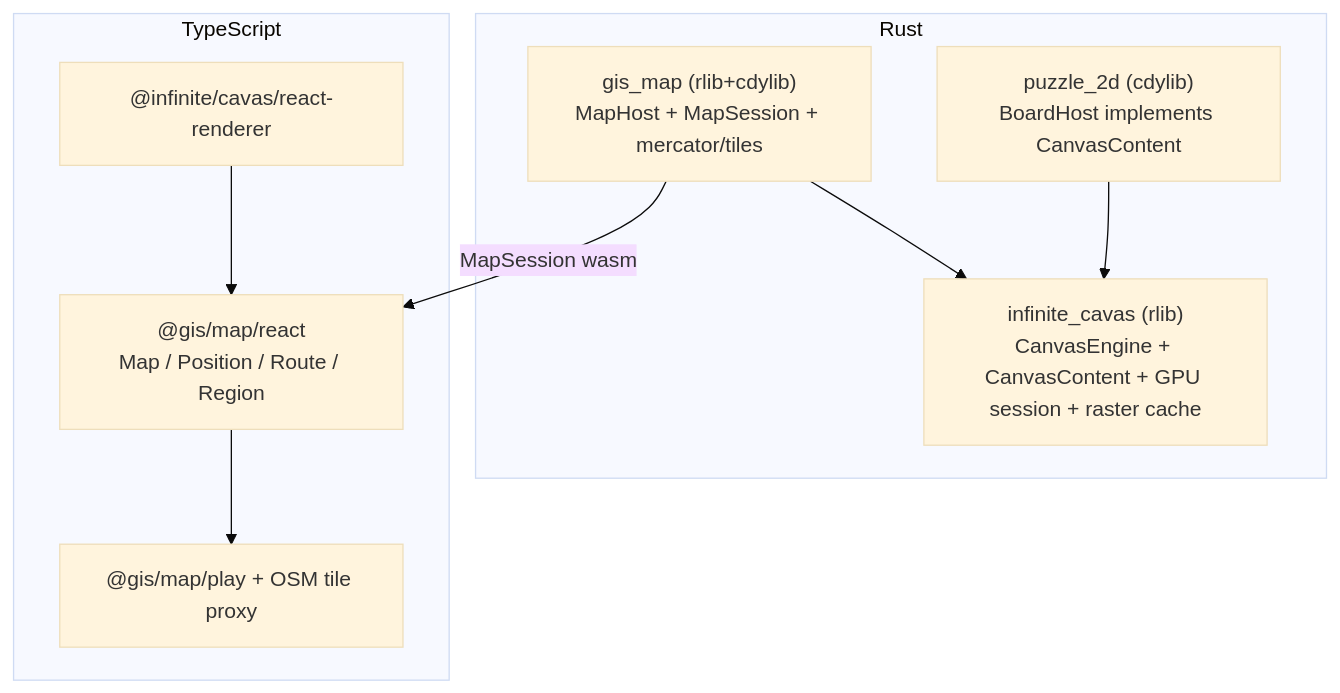
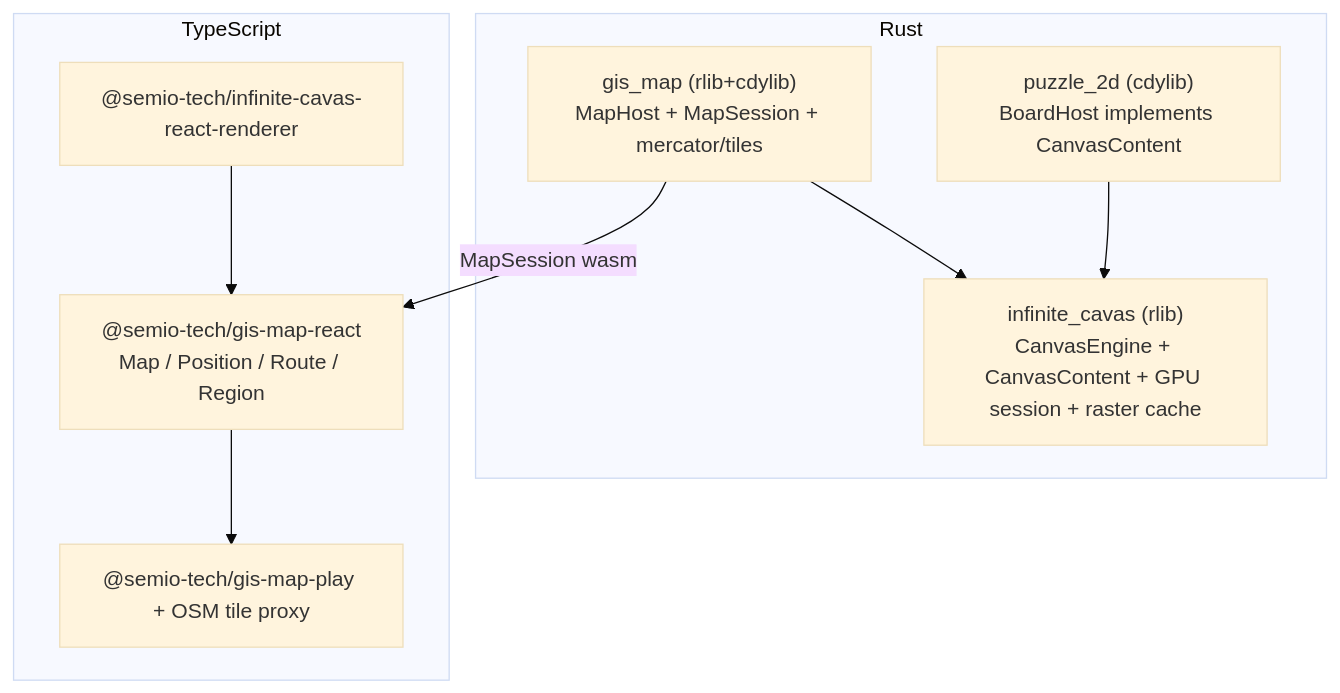
Before and after one commit to usalu/semio: the diagram in .cursor/plans/gis-map-infinite-canvas_74114735.plan.md, drawn with Mermaid (base theme). The commit also changed other lines of this file and 1282 other files, not shown here.

````diff
--- a/.cursor/plans/gis-map-infinite-canvas_74114735.plan.md
+++ b/.cursor/plans/gis-map-infinite-canvas_74114735.plan.md
@@ -44,17 +44,17 @@
 ```mermaid
 flowchart TB
   subgraph rust [Rust]
     IC["infinite_cavas (rlib)<br/>CanvasEngine + CanvasContent + GPU session + raster cache"]
     GM["gis_map (rlib+cdylib)<br/>MapHost + MapSession + mercator/tiles"]
     P2["puzzle_2d (cdylib)<br/>BoardHost implements CanvasContent"]
     GM --> IC
     P2 --> IC
   end
   subgraph ts [TypeScript]
-    RR["@infinite/cavas/react-renderer"]
-    MR["@gis/map/react<br/>Map / Position / Route / Region"]
-    MP["@gis/map/play + OSM tile proxy"]
+    RR["@semio-tech/infinite-cavas-react-renderer"]
+    MR["@semio-tech/gis-map-react<br/>Map / Position / Route / Region"]
+    MP["@semio-tech/gis-map-play + OSM tile proxy"]
     RR --> MR --> MP
   end
   GM -->|"MapSession wasm"| MR
 ```
````
